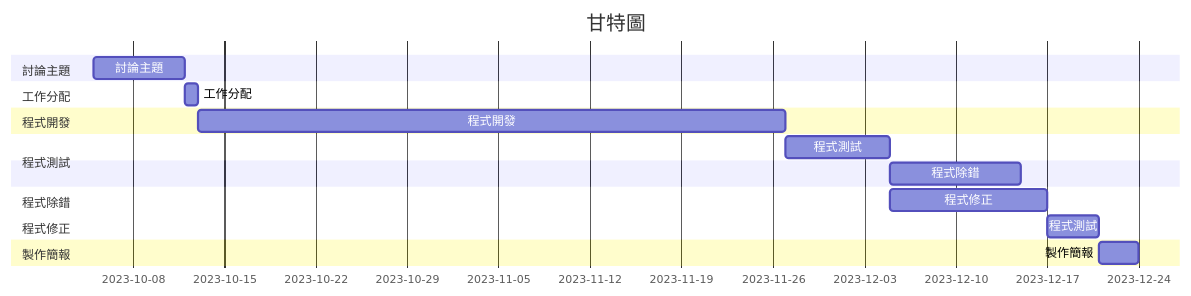
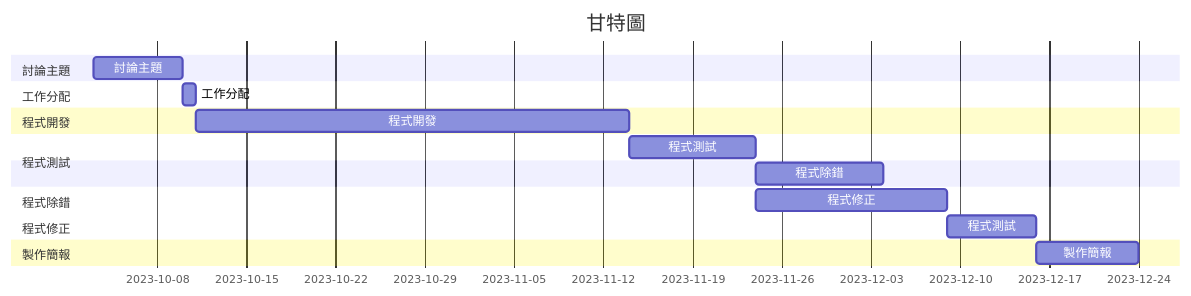
One commit to MYZ527/system_analysis_team11 changed the diagram in README.md. Above: the diagram before and after it, drawn with Mermaid.

````diff
--- a/README.md
+++ b/README.md
@@ -33,21 +33,21 @@
 ```mermaid
 gantt
     title 甘特圖
 
     section 討論主題
-    討論主題      :a1, 2023-10-05, 7d
+    討論主題      :a1, 2023-10-03, 7d
     section 工作分配
     工作分配      :a2,after a1  , 1d
     section 程式開發
-    程式開發      :a3,after a2  , 45d
+    程式開發      :a3,after a2  , 34d
     section 程式測試
-    程式測試      :a4,after a3  , 8d
+    程式測試      :a4,after a3  , 10d
     section 程式除錯
     程式除錯      :a5,after a4  , 10d
     section 程式測試
-    程式修正      :a6,after a4  , 12d
+    程式修正      :a6,after a4  , 15d
     section 程式修正
-    程式測試      :a7,after a6  , 4d
+    程式測試      :a7,after a6  , 7d
     section 製作簡報
-    製作簡報      :a8,after a7 , 3d
+    製作簡報      :a8,after a7 , 8d
 ```
````
